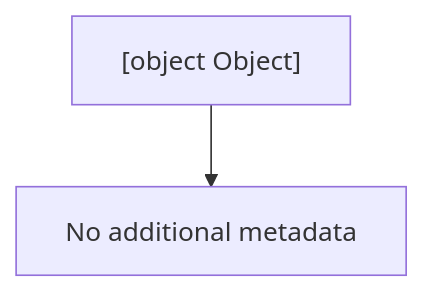
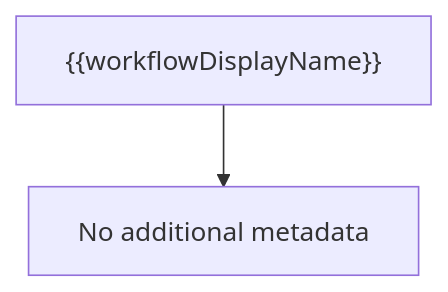
One commit to bogdaniel/aegis-codex changed the diagram in docs/workflow-diagrams/docs/workflow.md. Above: the diagram before and after it, drawn with Mermaid. The commit also changed other lines of this file and 1511 other files, not shown here.

````diff
--- a/docs/workflow-diagrams/docs/workflow.md
+++ b/docs/workflow-diagrams/docs/workflow.md
@@ -3,6 +3,6 @@
 ```mermaid
 flowchart TD
-  _object_Object_["[object Object]"]
-  _object_Object__details["No additional metadata"]
-  _object_Object_ --> _object_Object__details
+  __workflowDisplayName__["{{workflowDisplayName}}"]
+  __workflowDisplayName___details["No additional metadata"]
+  __workflowDisplayName__ --> __workflowDisplayName___details
 ```
````
